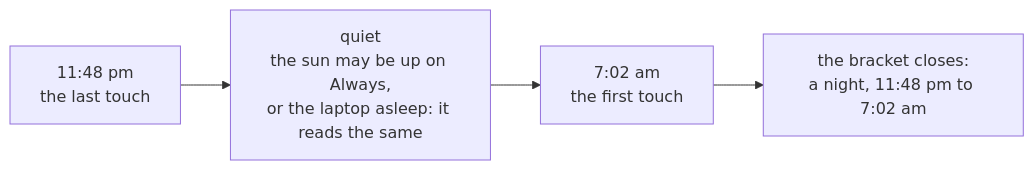
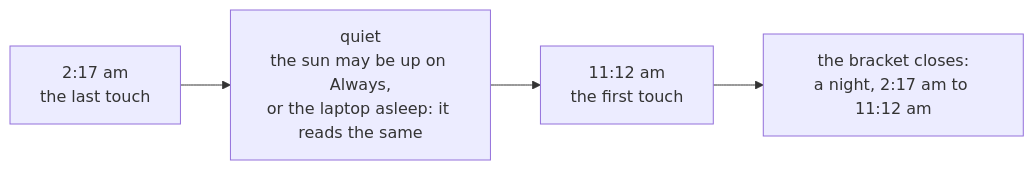
The diagram in docs/specs/almanac.md (ax5hay/KeepMeAwake), drawn with Mermaid before and after one commit. The commit also changed other lines of this file and 14 other files, not shown here.

First line of the commit message:
docs: the almanac in the guide, architecture and changelog

````diff
--- a/docs/specs/almanac.md
+++ b/docs/specs/almanac.md
@@ -23,6 +23,6 @@
 ```mermaid
 flowchart LR
-    last["11:48 pm<br/>the last touch"] --> quiet["quiet<br/>the sun may be up on Always,<br/>or the laptop asleep: it reads the same"]
-    quiet --> first["7:02 am<br/>the first touch"]
-    first --> night["the bracket closes:<br/>a night, 11:48 pm to 7:02 am"]
+    last["2:17 am<br/>the last touch"] --> quiet["quiet<br/>the sun may be up on Always,<br/>or the laptop asleep: it reads the same"]
+    quiet --> first["11:12 am<br/>the first touch"]
+    first --> night["the bracket closes:<br/>a night, 2:17 am to 11:12 am"]
 ```
````
